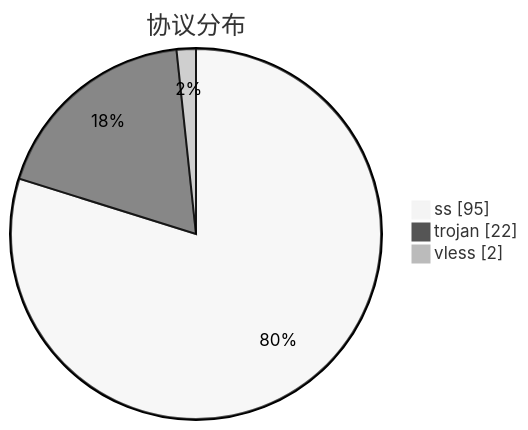
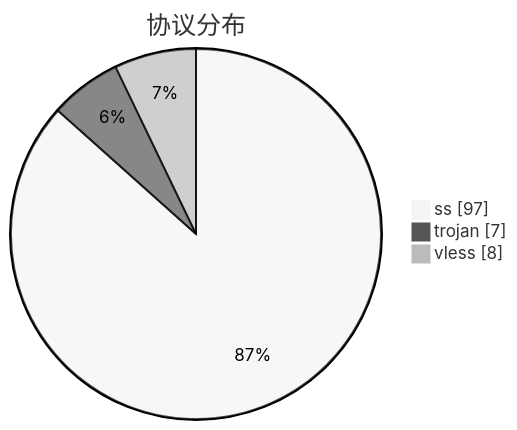
Before and after one commit to qjlxg/airport: the third of 3 diagrams in subs/statistics/tested_within.md, drawn with Mermaid (neutral theme). The commit also changed other lines of this file and 2 other files, not shown here.

````diff
--- a/subs/statistics/tested_within.md
+++ b/subs/statistics/tested_within.md
@@ -33,7 +32,7 @@
 ```mermaid
 pie showData
 title 协议分布
-"ss" : 95
-"trojan" : 22
-"vless" : 2
+"ss" : 97
+"trojan" : 7
+"vless" : 8
 ```
````
